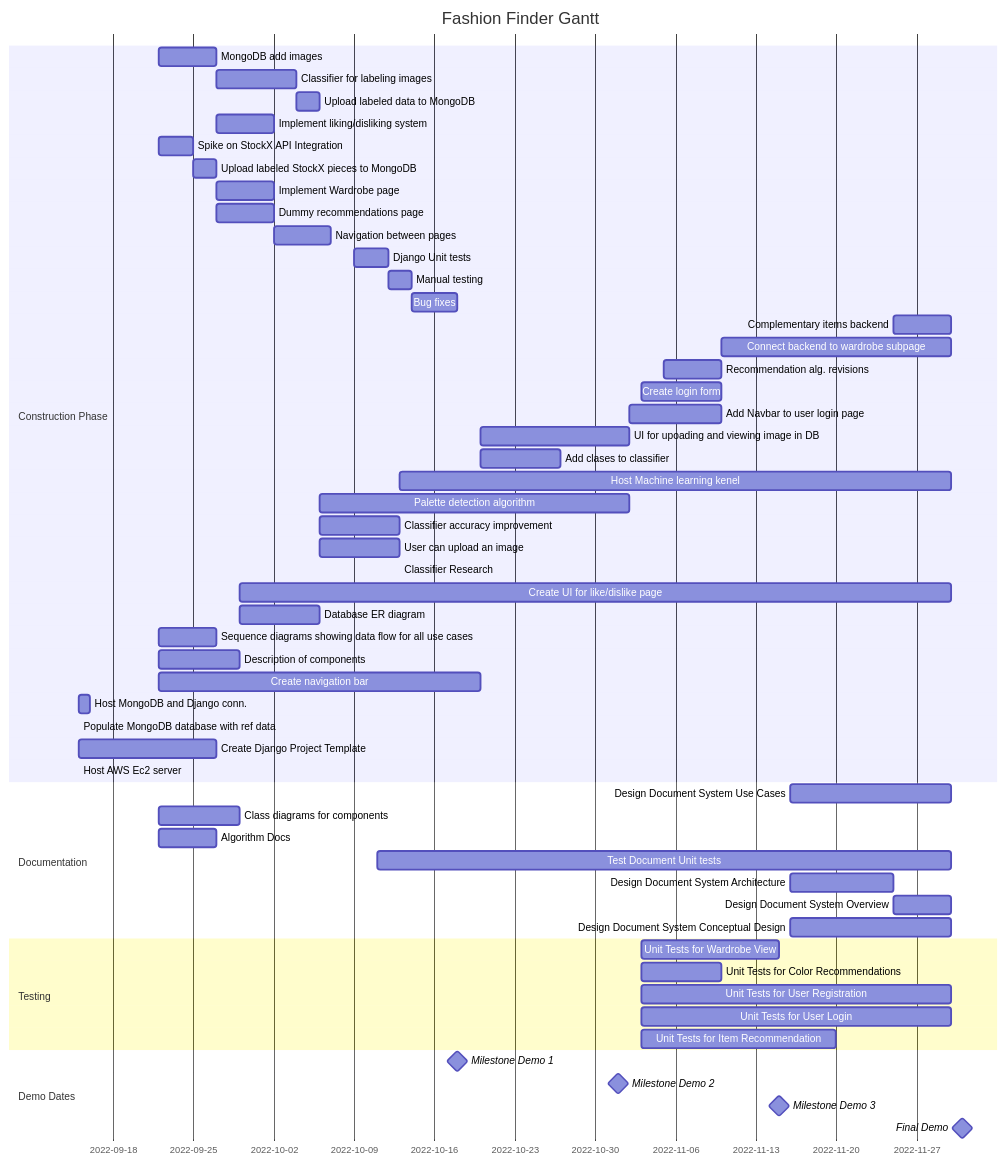
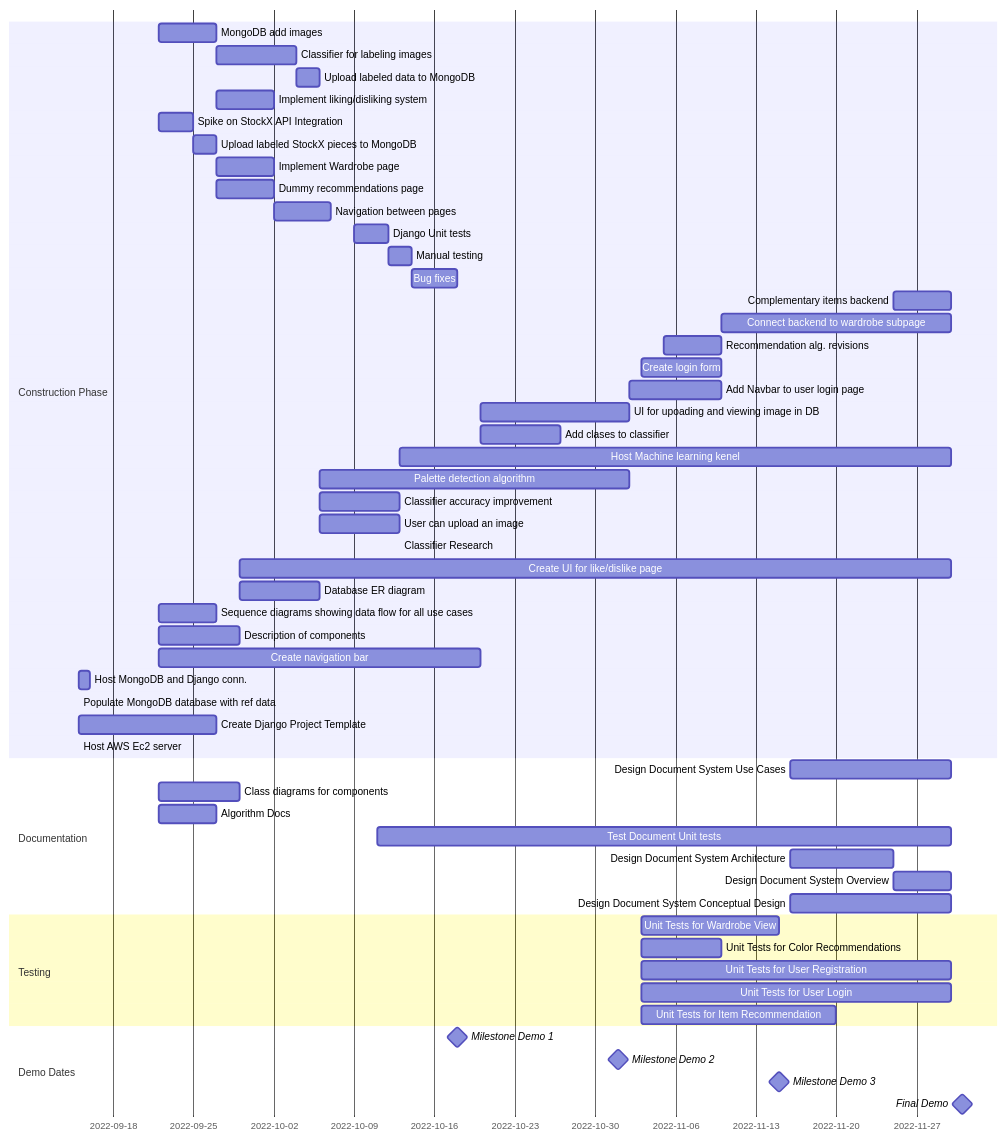
The diagram in documentation/docs/development-plan/schedule.md (Capstone-Projects-2022-Fall/project-fashion-finder), drawn with Mermaid before and after one commit.

````diff
--- a/documentation/docs/development-plan/schedule.md
+++ b/documentation/docs/development-plan/schedule.md
@@ -6,60 +6,59 @@
 ```mermaid
 gantt
-    title Fashion Finder Gantt
     dateFormat  YYYY-MM-DD
    section Construction Phase
     MongoDB add images :         des5, 2022-09-22, 5d
     Classifier for labeling images: des51, after des5, 7d
     Upload labeled data to MongoDB: des52, after des51, 2d
     Implement liking/disliking system: des 6, after des5, 5d
     Spike on StockX API Integration: des7, 2022-09-22, 3d
     Upload labeled StockX pieces to MongoDB: des71,  after des7, 2d 
     Implement Wardrobe page: des53, after des5, 5d
     Dummy recommendations page: des72, after des71, 5d
     Navigation between pages: des8, after des53, 5d
     Django Unit tests: des9, 2022-10-09, 3d
     Manual testing: des10, after des9, 2d
     Bug fixes: after des10, 4d
     Complementary items backend: 2022-11-25, 2022-11-30
     Connect backend to wardrobe subpage: 2022-11-10,  2022-11-30
     Recommendation alg. revisions: 2022-11-05, 2022-11-10
     Create login form: 2022-11-03, 2022-11-10
     Add Navbar to user login page: 2022-11-02, 2022-11-10
     UI for upoading and viewing image in DB: 2022-10-20, 2022-11-02
     Add clases to classifier: 2022-10-20, 2022-10-27
     Host Machine learning kenel: 2022-10-13, 2022-11-30
     Palette detection algorithm: 2022-10-06, 2022-11-02
     Classifier accuracy improvement: 2022-10-06, 2022-10-13
     User can upload an image: 2022-10-06, 2022-10-13
     Classifier Research: 2022-09-29, 2022-10-13,
     Create UI for like/dislike page: 2022-09-29, 2022-11-30
     Database ER diagram: 2022-09-29, 2022-10-06
     Sequence diagrams showing data flow for all use cases: 2022-09-22, 2022-09-27
     Description of components:  2022-09-22, 2022-09-29
     Create navigation bar: 2022-09-22, 2022-10-20
     Host MongoDB and Django conn.: 2022-09-15, 2022-09-16
     Populate MongoDB database with ref data: 2022-09-15, 2022-10-4
     Create Django Project Template: 2022-09-15, 2022-09-27
     Host AWS Ec2 server: 2022-09-15, 2022-10-5
 
   section Documentation
     Design Document System Use Cases: 2022-11-16,  2022-11-30
     Class diagrams for components: 2022-09-22, 2022-09-29
     Algorithm Docs: 2022-09-22, 2022-09-27
     Test Document Unit tests:  2022-10-11, 2022-11-30
     Design Document System Architecture: 2022-11-16,  2022-11-25
     Design Document System Overview: 2022-11-25,  2022-11-30
     Design Document System Conceptual Design: 2022-11-16,  2022-11-30
 
   section Testing
     Unit Tests for Wardrobe View: 2022-11-03, 2022-11-15
     Unit Tests for Color Recommendations: 2022-11-03, 2022-11-10
     Unit Tests for User Registration: 2022-11-03, 2022-11-30
     Unit Tests for User Login: 2022-11-03, 2022-11-30
     Unit Tests for Item Recommendation: 2022-11-03, 2022-11-20
   section Demo Dates
     Milestone Demo 1                 :milestone, 2022-10-18, 0d
     Milestone Demo 2                 :milestone, 2022-11-01, 0d
     Milestone Demo 3                 :milestone, 2022-11-15, 0d
     Final Demo                   :milestone, 2022-12-01, 0d
 ```
````
